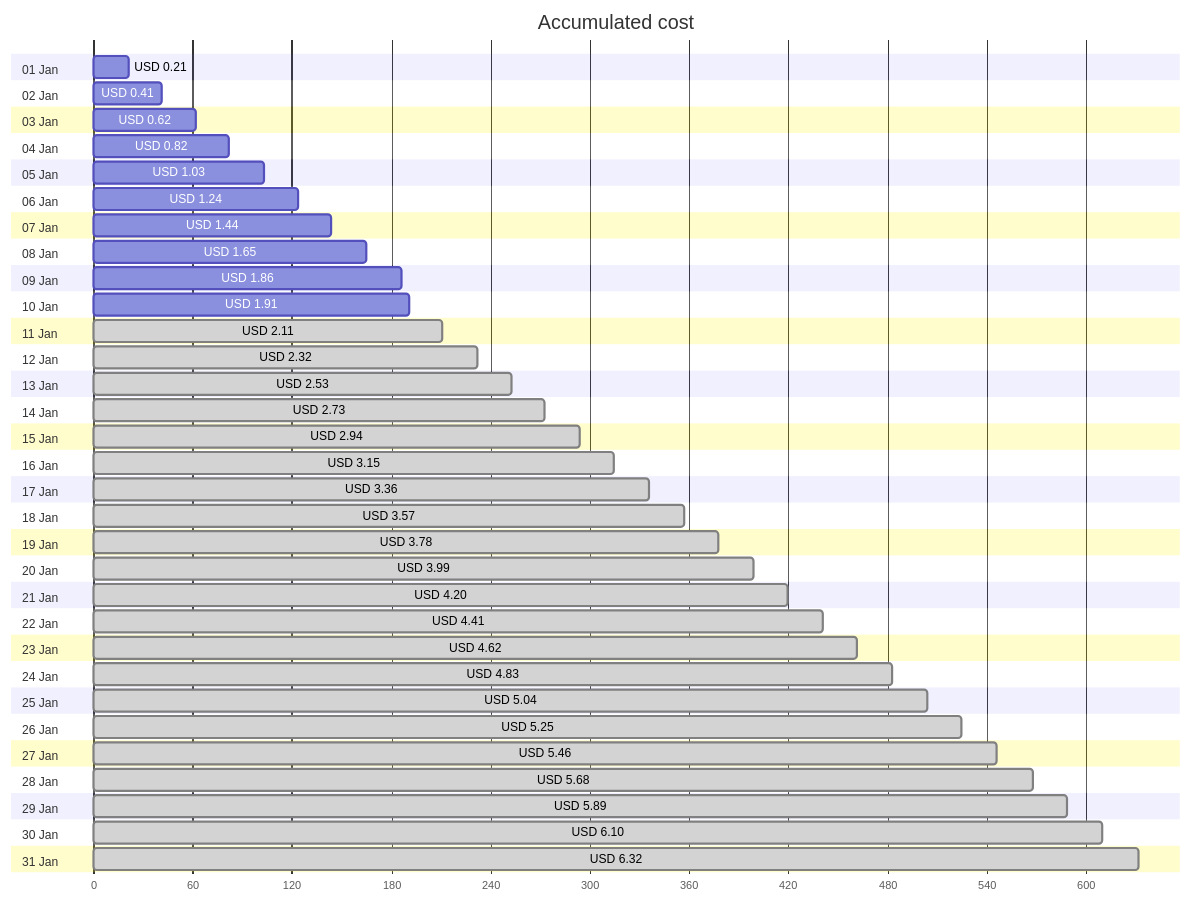
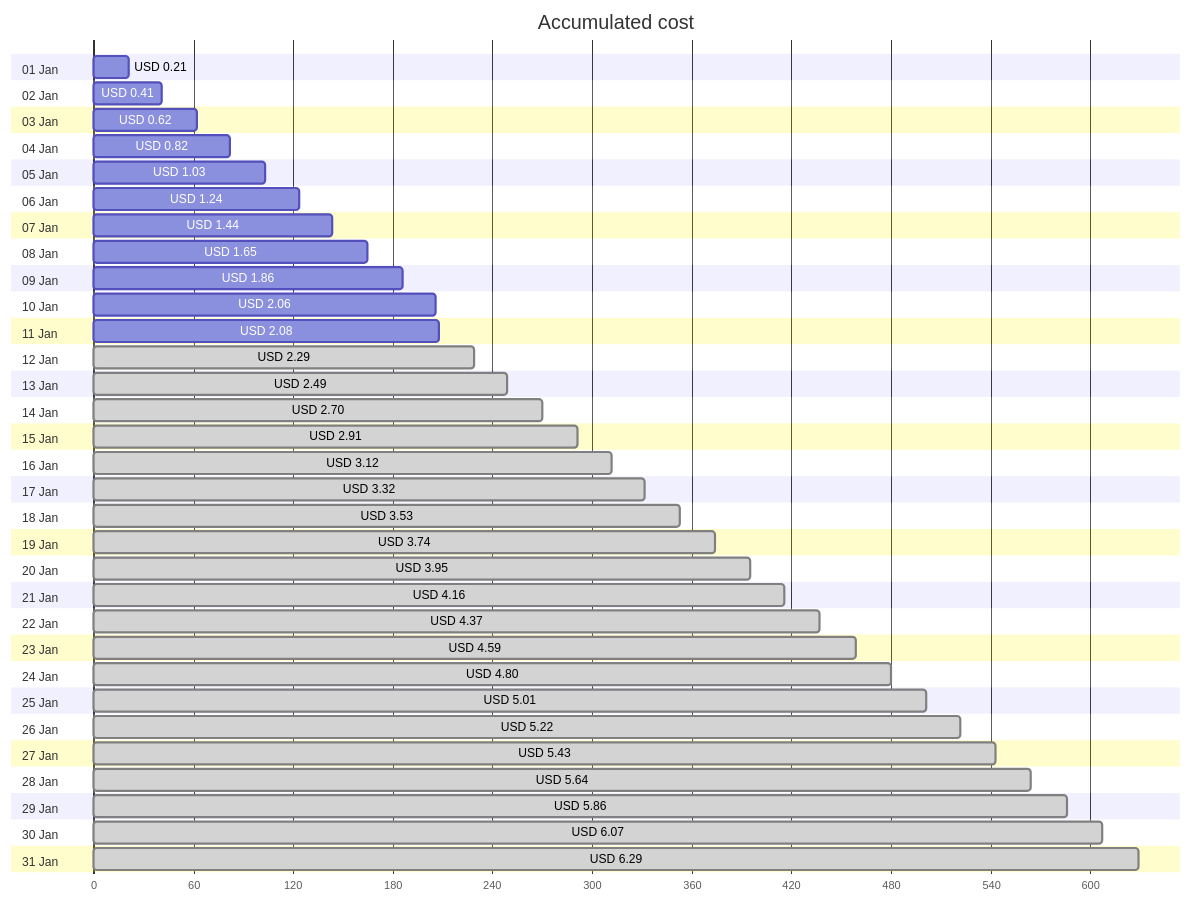
Before and after one commit to jpfulton/azure-personal-reports: the first of 4 diagrams in cost-reports/personal-network/backup-server.md, drawn with Mermaid. The commit also changed other lines of this file and 8 other files, not shown here.

````diff
--- a/cost-reports/personal-network/backup-server.md
+++ b/cost-reports/personal-network/backup-server.md
@@ -20,68 +20,68 @@
 ```mermaid
 gantt
    title Accumulated cost
    dateFormat  X
    axisFormat %s
    section 01 Jan
    USD 0.21 :0, 21
    section 02 Jan
    USD 0.41 :0, 41
    section 03 Jan
    USD 0.62 :0, 62
    section 04 Jan
    USD 0.82 :0, 82
    section 05 Jan
    USD 1.03 :0, 103
    section 06 Jan
    USD 1.24 :0, 124
    section 07 Jan
    USD 1.44 :0, 144
    section 08 Jan
    USD 1.65 :0, 165
    section 09 Jan
    USD 1.86 :0, 186
    section 10 Jan
-   USD 1.91 :0, 191
+   USD 2.06 :0, 206
    section 11 Jan
-   USD 2.11 : done, 0, 211
+   USD 2.08 :0, 208
    section 12 Jan
-   USD 2.32 : done, 0, 232
+   USD 2.29 : done, 0, 229
    section 13 Jan
-   USD 2.53 : done, 0, 253
+   USD 2.49 : done, 0, 249
    section 14 Jan
-   USD 2.73 : done, 0, 273
+   USD 2.70 : done, 0, 270
    section 15 Jan
-   USD 2.94 : done, 0, 294
+   USD 2.91 : done, 0, 291
    section 16 Jan
-   USD 3.15 : done, 0, 315
+   USD 3.12 : done, 0, 312
    section 17 Jan
-   USD 3.36 : done, 0, 336
+   USD 3.32 : done, 0, 332
    section 18 Jan
-   USD 3.57 : done, 0, 357
+   USD 3.53 : done, 0, 353
    section 19 Jan
-   USD 3.78 : done, 0, 378
+   USD 3.74 : done, 0, 374
    section 20 Jan
-   USD 3.99 : done, 0, 399
+   USD 3.95 : done, 0, 395
    section 21 Jan
-   USD 4.20 : done, 0, 420
+   USD 4.16 : done, 0, 416
    section 22 Jan
-   USD 4.41 : done, 0, 441
+   USD 4.37 : done, 0, 437
    section 23 Jan
-   USD 4.62 : done, 0, 462
+   USD 4.59 : done, 0, 459
    section 24 Jan
-   USD 4.83 : done, 0, 483
+   USD 4.80 : done, 0, 480
    section 25 Jan
-   USD 5.04 : done, 0, 504
+   USD 5.01 : done, 0, 501
    section 26 Jan
-   USD 5.25 : done, 0, 525
+   USD 5.22 : done, 0, 522
    section 27 Jan
-   USD 5.46 : done, 0, 546
+   USD 5.43 : done, 0, 543
    section 28 Jan
-   USD 5.68 : done, 0, 568
+   USD 5.64 : done, 0, 564
    section 29 Jan
-   USD 5.89 : done, 0, 589
+   USD 5.86 : done, 0, 586
    section 30 Jan
-   USD 6.10 : done, 0, 610
+   USD 6.07 : done, 0, 607
    section 31 Jan
-   USD 6.32 : done, 0, 632
+   USD 6.29 : done, 0, 629
 ```
````
